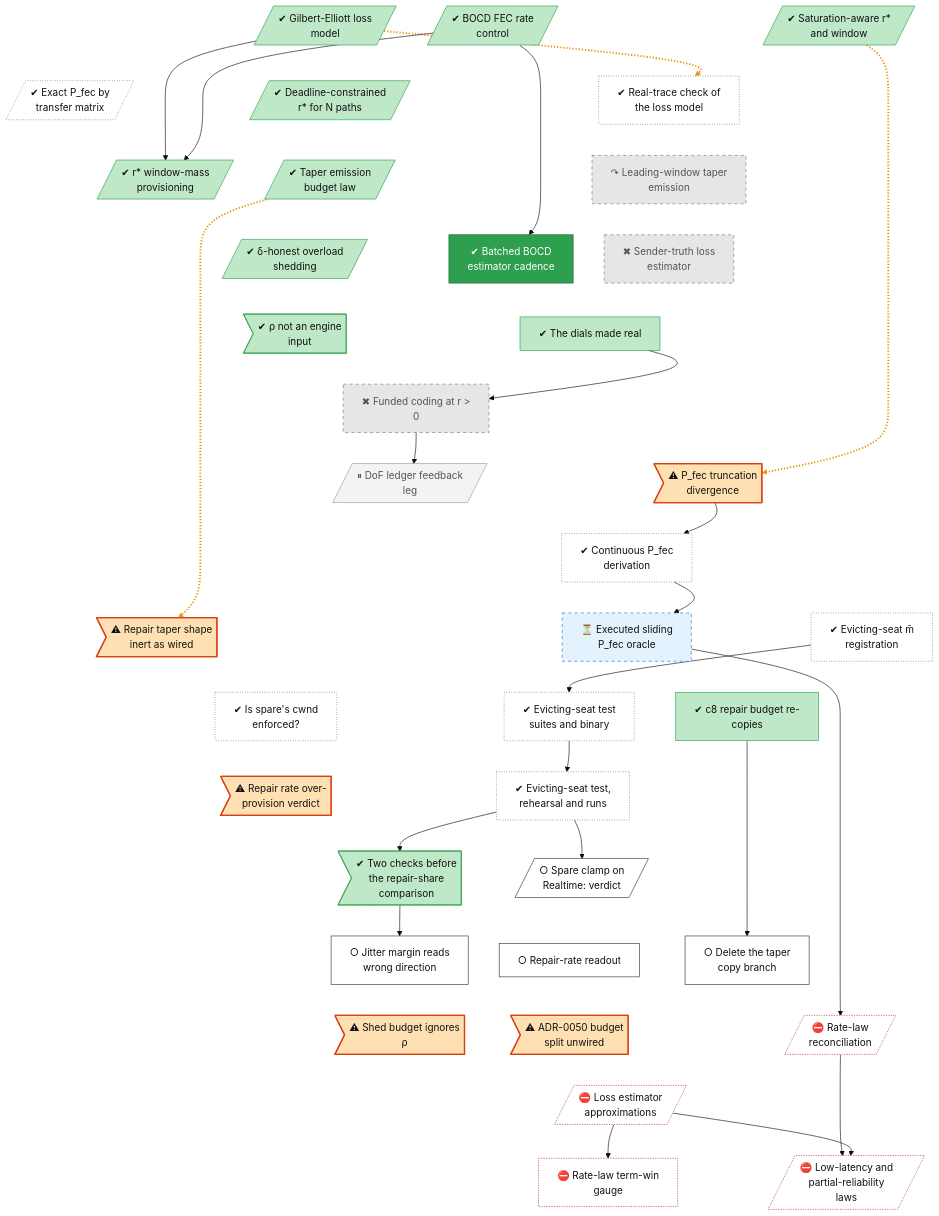
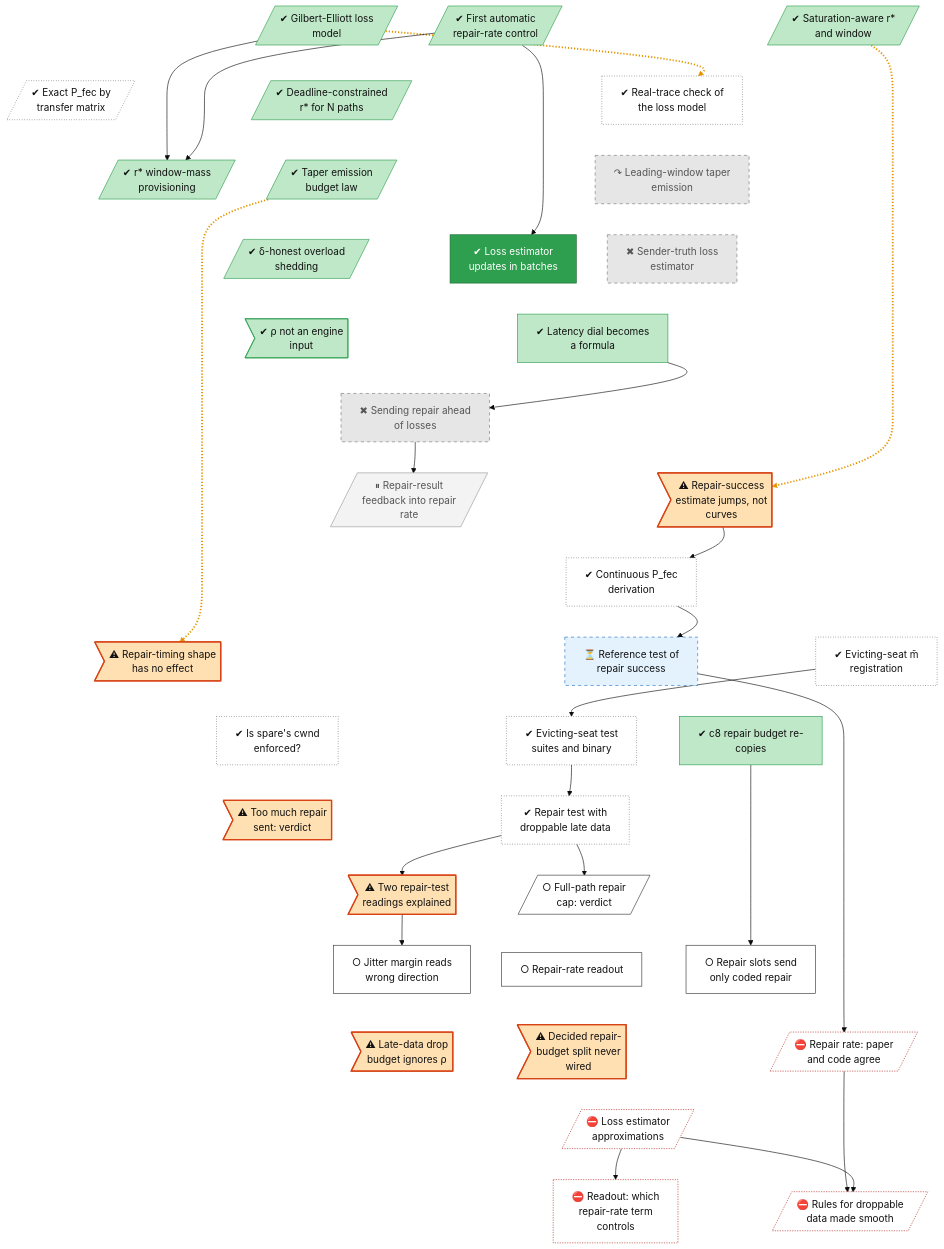
The diagram in docs/roadmap/tracks/rate.md (lhns/raptorpath), drawn with Mermaid (base theme) before and after one commit. The commit also changed other lines of this file and 15 other files, not shown here.

First line of the commit message:
roadmap: titles and plain sentences from the re-check

````diff
--- a/docs/roadmap/tracks/rate.md
+++ b/docs/roadmap/tracks/rate.md
@@ -10,7 +10,7 @@
 ```mermaid
 flowchart TB
     rate_ge_hmm[/"✔ Gilbert-Elliott loss<br/>model"/]
-    rate_fec_rate_v1[/"✔ BOCD FEC rate<br/>control"/]
+    rate_fec_rate_v1[/"✔ First automatic<br/>repair-rate control"/]
     rate_saturation_rstar[/"✔ Saturation-aware r*<br/>and window"/]
     rate_pfec_exact[/"✔ Exact P_fec by<br/>transfer matrix"/]
     rate_deadline_rstar[/"✔ Deadline-constrained<br/>r* for N paths"/]
@@ -19,33 +19,33 @@
     rate_taper_r[/"✔ Taper emission<br/>budget law"/]
     rate_leading_taper["↷ Leading-window taper<br/>emission"]
     rate_unified_shed[/"✔ δ-honest overload<br/>shedding"/]
-    rate_est_cadence["✔ Batched BOCD<br/>estimator cadence"]
+    rate_est_cadence["✔ Loss estimator<br/>updates in batches"]
     rate_sender_truth_loss["✖ Sender-truth loss<br/>estimator"]
     rate_rho_not_input>"✔ ρ not an engine<br/>input"]
-    rate_dials_made_real["✔ The dials made real"]
-    rate_r_battery["✖ Funded coding at r #gt;<br/>0"]
-    rate_dof_ledger[/"⏸ DoF ledger feedback<br/>leg"/]
-    rate_defect_pfec>"⚠ P_fec truncation<br/>divergence"]
+    rate_dials_made_real["✔ Latency dial becomes<br/>a formula"]
+    rate_r_battery["✖ Sending repair ahead<br/>of losses"]
+    rate_dof_ledger[/"⏸ Repair-result<br/>feedback into repair<br/>rate"/]
+    rate_defect_pfec>"⚠ Repair-success<br/>estimate jumps, not<br/>curves"]
     rate_pfec_continuous["✔ Continuous P_fec<br/>derivation"]
-    rate_pfec_oracle["⏳ Executed sliding<br/>P_fec oracle"]
-    rate_defect_taper_inert>"⚠ Repair taper shape<br/>inert as wired"]
+    rate_pfec_oracle["⏳ Reference test of<br/>repair success"]
+    rate_defect_taper_inert>"⚠ Repair-timing shape<br/>has no effect"]
     rate_evict_registration["✔ Evicting-seat m̄<br/>registration"]
     rate_spare_cwnd["✔ Is spare's cwnd<br/>enforced?"]
     rate_evict_epre["✔ Evicting-seat test<br/>suites and binary"]
     rate_c8_frontier_recopy["✔ c8 repair budget re-<br/>copies"]
-    rate_overprovision_verdict>"⚠ Repair rate over-<br/>provision verdict"]
-    rate_evict_session["✔ Evicting-seat test,<br/>rehearsal and runs"]
-    rate_k4_input_checks>"✔ Two checks before<br/>the repair-share<br/>comparison"]
-    rate_spare_clamp_verdict[/"○ Spare clamp on<br/>Realtime: verdict"/]
+    rate_overprovision_verdict>"⚠ Too much repair<br/>sent: verdict"]
+    rate_evict_session["✔ Repair test with<br/>droppable late data"]
+    rate_k4_input_checks>"⚠ Two repair-test<br/>readings explained"]
+    rate_spare_clamp_verdict[/"○ Full-path repair<br/>cap: verdict"/]
     rate_delta_jitter_fix["○ Jitter margin reads<br/>wrong direction"]
     rate_fix_rate_readout["○ Repair-rate readout"]
-    rate_s06_plost_derivation["○ Delete the taper<br/>copy branch"]
-    rate_shed_budget_rho>"⚠ Shed budget ignores<br/>ρ"]
-    rate_adr50_split_unwired>"⚠ ADR-0050 budget<br/>split unwired"]
-    rate_law_reconcile[/"⛔ Rate-law<br/>reconciliation"/]
+    rate_s06_plost_derivation["○ Repair slots send<br/>only coded repair"]
+    rate_shed_budget_rho>"⚠ Late-data drop<br/>budget ignores ρ"]
+    rate_adr50_split_unwired>"⚠ Decided repair-<br/>budget split never<br/>wired"]
+    rate_law_reconcile[/"⛔ Repair rate: paper<br/>and code agree"/]
     rate_fix_estimators[/"⛔ Loss estimator<br/>approximations"/]
-    rate_fix_term_gauge["⛔ Rate-law term-win<br/>gauge"]
-    rate_fix_rho_realtime[/"⛔ Low-latency and<br/>partial-reliability<br/>laws"/]
+    rate_fix_term_gauge["⛔ Readout: which<br/>repair-rate term<br/>controls"]
+    rate_fix_rho_realtime[/"⛔ Rules for droppable<br/>data made smooth"/]
     rate_ge_hmm ~~~ rate_pfec_exact
     rate_fec_rate_v1 ~~~ rate_deadline_rstar
     rate_saturation_rstar ~~~ rate_ge_real_trace
@@ -120,12 +120,12 @@
     classDef userdec fill:#d9c2f0,stroke:#7b3fb5,color:#111
     classDef defect fill:#ffe0b2,stroke:#d84315,stroke-width:2px,color:#111
     classDef waiting fill:#e3f2fd,stroke:#1f6fc5,stroke-dasharray:5 5,color:#111
-    class rate_ge_hmm,rate_fec_rate_v1,rate_saturation_rstar,rate_deadline_rstar,rate_rstar_window_mass,rate_taper_r,rate_unified_shed,rate_rho_not_input,rate_dials_made_real,rate_c8_frontier_recopy,rate_k4_input_checks succ
+    class rate_ge_hmm,rate_fec_rate_v1,rate_saturation_rstar,rate_deadline_rstar,rate_rstar_window_mass,rate_taper_r,rate_unified_shed,rate_rho_not_input,rate_dials_made_real,rate_c8_frontier_recopy succ
     class rate_pfec_exact,rate_ge_real_trace,rate_pfec_continuous,rate_evict_registration,rate_spare_cwnd,rate_evict_epre,rate_evict_session unrated
     class rate_leading_taper,rate_sender_truth_loss,rate_r_battery dead
     class rate_est_cadence vsucc
     class rate_dof_ledger parked
-    class rate_defect_pfec,rate_defect_taper_inert,rate_overprovision_verdict,rate_shed_budget_rho,rate_adr50_split_unwired defect
+    class rate_defect_pfec,rate_defect_taper_inert,rate_overprovision_verdict,rate_k4_input_checks,rate_shed_budget_rho,rate_adr50_split_unwired defect
     class rate_pfec_oracle waiting
     class rate_spare_clamp_verdict,rate_delta_jitter_fix,rate_fix_rate_readout,rate_s06_plost_derivation next
     class rate_law_reconcile,rate_fix_estimators,rate_fix_term_gauge,rate_fix_rho_realtime blocked
````
